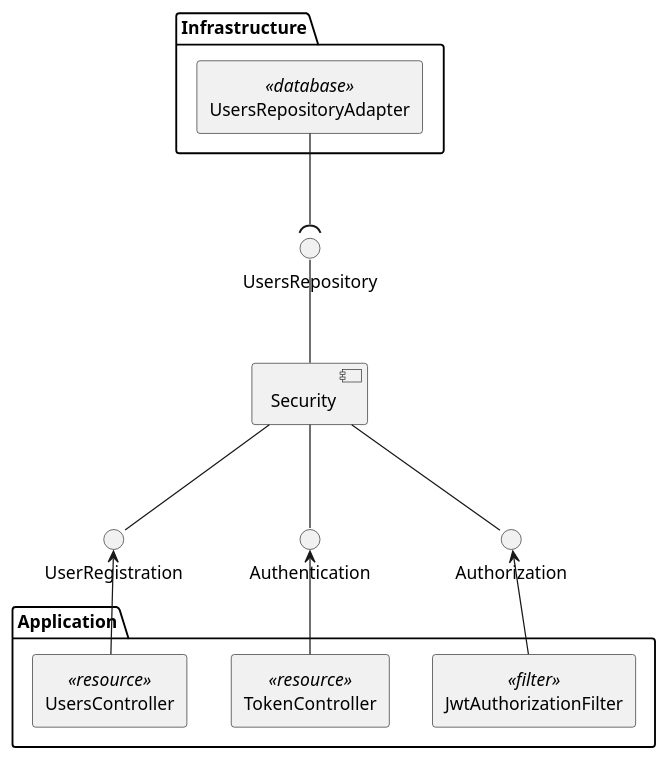
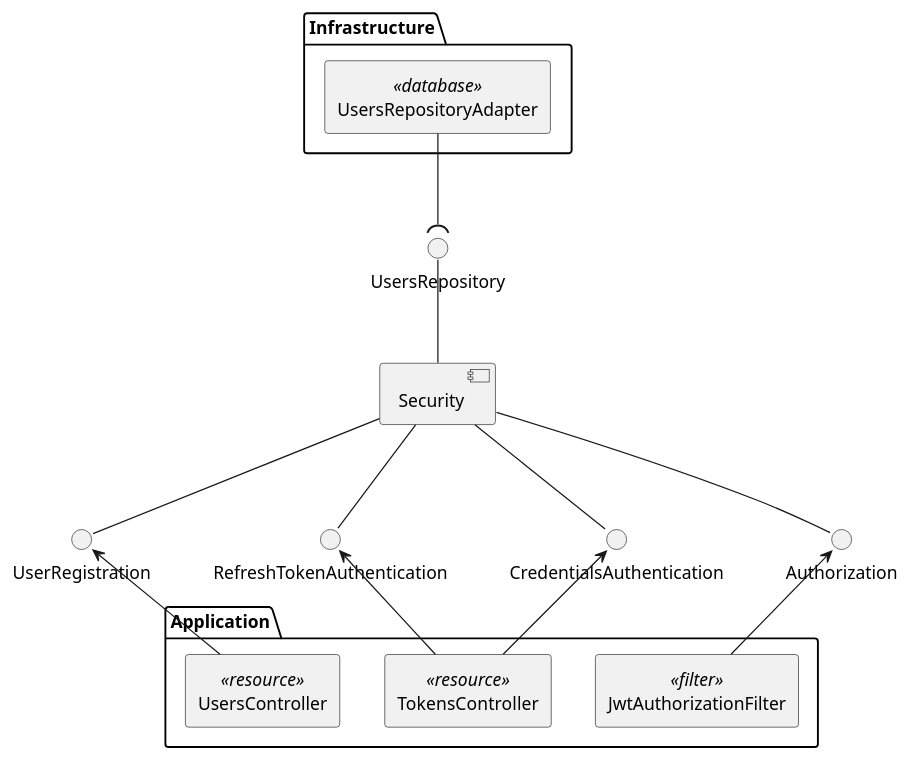
One commit to KrystianKrasowski/smtm-api changed the diagram in application/doc/features/security/diagrams/components.puml. Above: the diagram before and after it, drawn with PlantUML. The commit also changed 19 other files, not shown here.

```diff
--- a/application/doc/features/security/diagrams/components.puml
+++ b/application/doc/features/security/diagrams/components.puml
@@ -1,28 +1,31 @@
 @startuml
 
 component Security
 interface UserRegistration
-interface Authentication
+interface CredentialsAuthentication
+interface RefreshTokenAuthentication
 interface Authorization
 interface UsersRepository
 
 package "Infrastructure" {
     rectangle UsersRepositoryAdapter <<database>>
     UsersRepositoryAdapter -down-( UsersRepository
 }
 
 Security -up- UsersRepository
 Security -down- UserRegistration
-Security -down- Authentication
+Security -down- CredentialsAuthentication
+Security -down- RefreshTokenAuthentication
 Security -down- Authorization
 
 package "Application" {
     rectangle UsersController <<resource>>
-    rectangle TokenController <<resource>>
+    rectangle TokensController <<resource>>
     rectangle JwtAuthorizationFilter <<filter>>
     JwtAuthorizationFilter -up-> Authorization
-    TokenController -up->Authentication
+    TokensController -up->CredentialsAuthentication
+    TokensController -up->RefreshTokenAuthentication
     UsersController -up-> UserRegistration
 }
 
 @enduml
```
